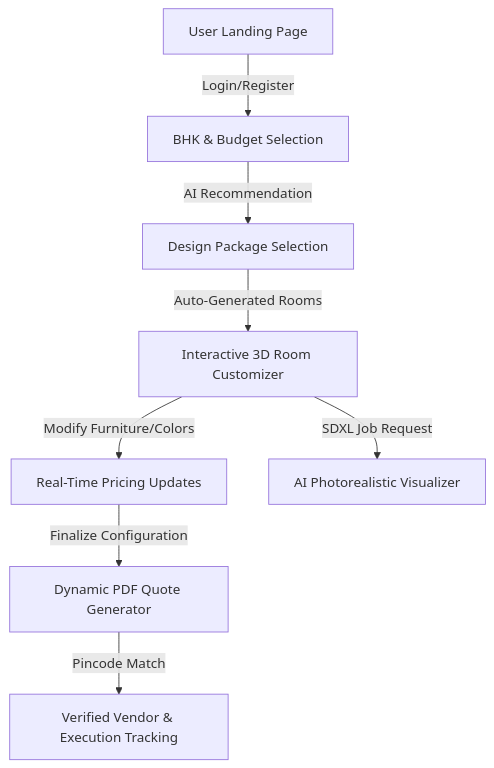
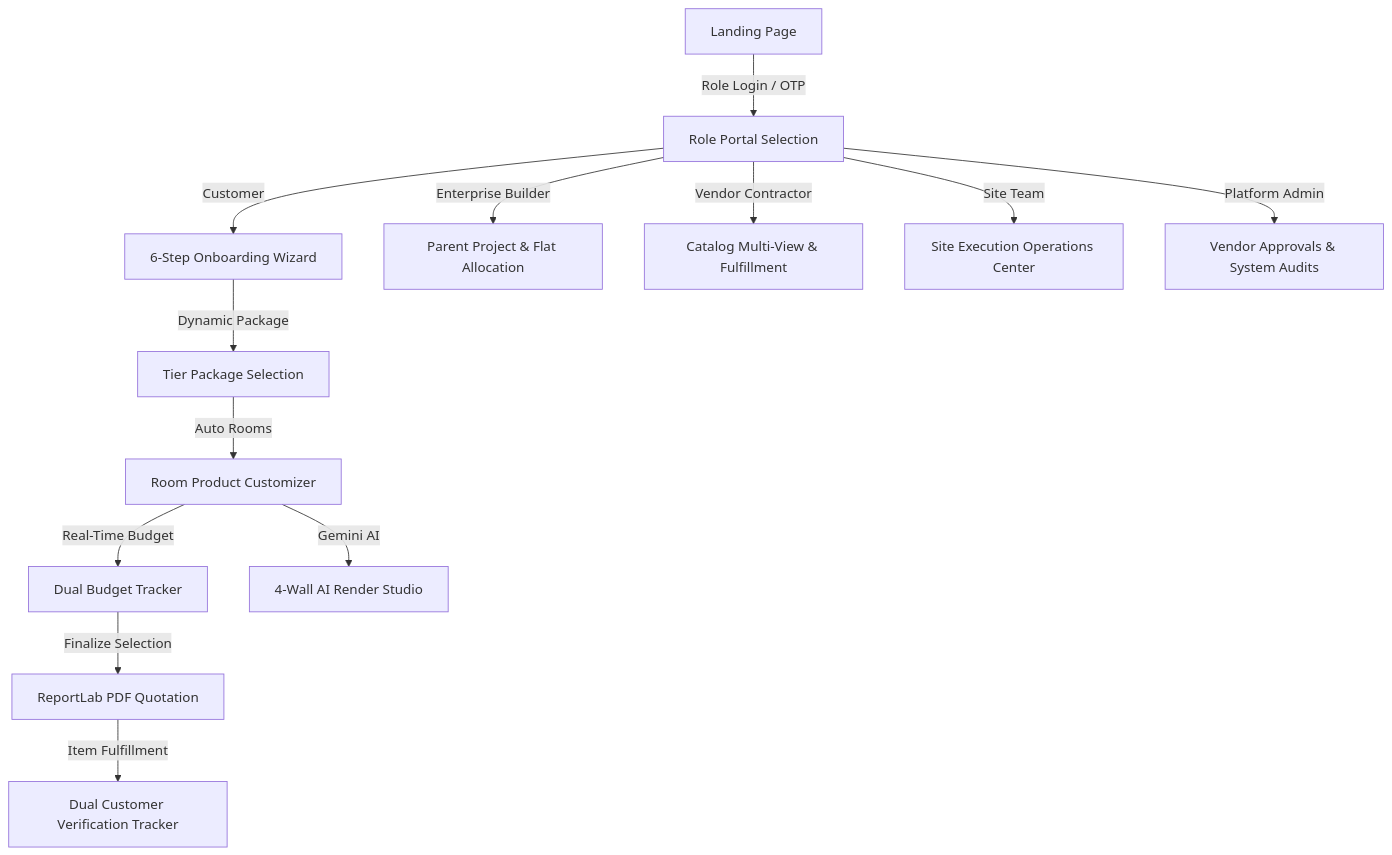
The diagram in README.md (Vedant-Raju-Borker-2005/Interior_Design), drawn with Mermaid before and after one commit. The commit also changed other lines of this file and 30 other files, not shown here.

Commit message:
Amey's Project team and Admin module integration

````diff
--- a/README.md
+++ b/README.md
@@ -216,10 +153,16 @@
 ```mermaid
 graph TD
-    A[User Landing Page] -->|Login/Register| B[BHK & Budget Selection]
-    B -->|AI Recommendation| C[Design Package Selection]
-    C -->|Auto-Generated Rooms| D[Interactive 3D Room Customizer]
-    D -->|Modify Furniture/Colors| E[Real-Time Pricing Updates]
-    D -->|SDXL Job Request| F[AI Photorealistic Visualizer]
-    E -->|Finalize Configuration| G[Dynamic PDF Quote Generator]
-    G -->|Pincode Match| H[Verified Vendor & Execution Tracking]
+    A[Landing Page] -->|Role Login / OTP| B[Role Portal Selection]
+    B -->|Customer| C[6-Step Onboarding Wizard]
+    C -->|Dynamic Package| D[Tier Package Selection]
+    D -->|Auto Rooms| E[Room Product Customizer]
+    E -->|Real-Time Budget| F[Dual Budget Tracker]
+    E -->|Gemini AI| G[4-Wall AI Render Studio]
+    F -->|Finalize Selection| H[ReportLab PDF Quotation]
+    H -->|Item Fulfillment| I[Dual Customer Verification Tracker]
+    
+    B -->|Enterprise Builder| J[Parent Project & Flat Allocation]
+    B -->|Vendor Contractor| K[Catalog Multi-View & Fulfillment]
+    B -->|Site Team| L[Site Execution Operations Center]
+    B -->|Platform Admin| M[Vendor Approvals & System Audits]
 ```
````
